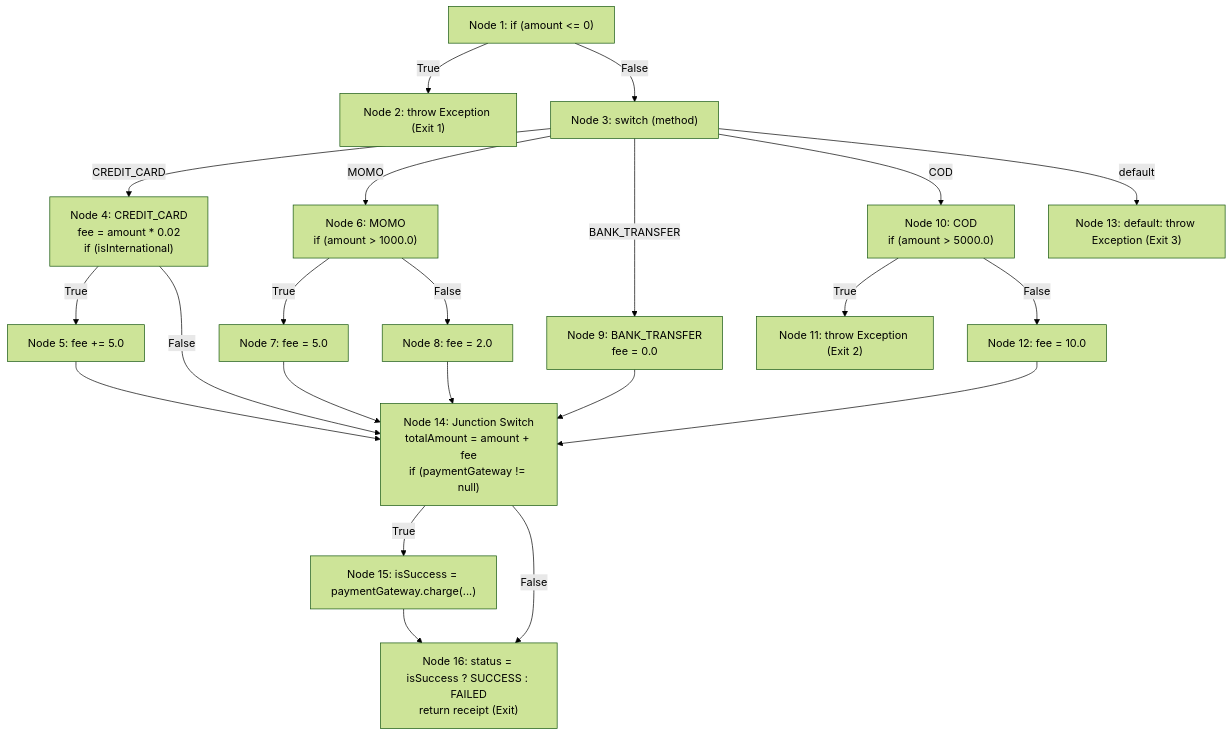
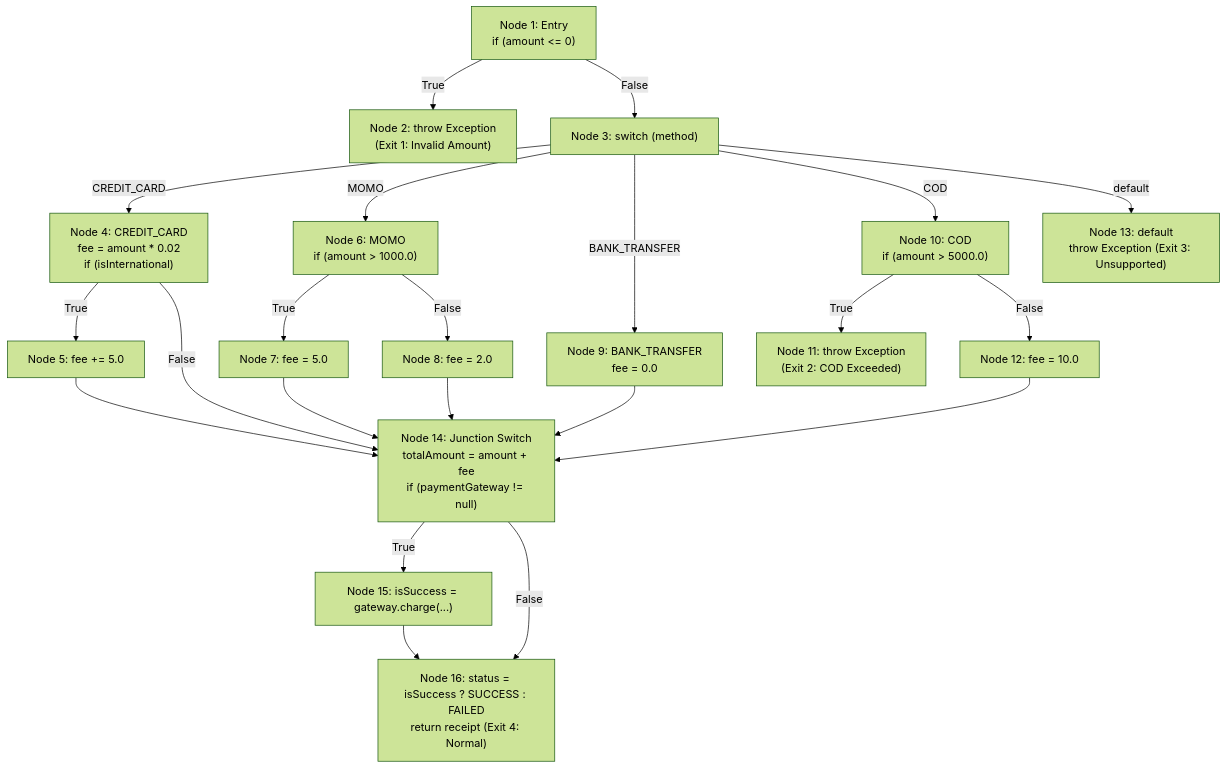
The second of 2 diagrams in DOCS_THANH_VIEN_2_CFG_MCCABE.md (ViktorWilson7777/Nhom3-DeTai3-testing), drawn with Mermaid (forest theme) before and after one commit. The commit also changed other lines of this file and 13 other files, not shown here.

````diff
--- a/DOCS_THANH_VIEN_2_CFG_MCCABE.md
+++ b/DOCS_THANH_VIEN_2_CFG_MCCABE.md
@@ -248,53 +363,53 @@
 ```mermaid
 flowchart TD
-    M1["Node 1: if (amount <= 0)"]
-    M2["Node 2: throw Exception (Exit 1)"]
+    M1["Node 1: Entry<br/>if (amount <= 0)"]
+    M2["Node 2: throw Exception<br/>(Exit 1: Invalid Amount)"]
     M3["Node 3: switch (method)"]
-    
+
     M4["Node 4: CREDIT_CARD<br/>fee = amount * 0.02<br/>if (isInternational)"]
     M5["Node 5: fee += 5.0"]
-    
+
     M6["Node 6: MOMO<br/>if (amount > 1000.0)"]
     M7["Node 7: fee = 5.0"]
     M8["Node 8: fee = 2.0"]
-    
+
     M9["Node 9: BANK_TRANSFER<br/>fee = 0.0"]
-    
+
     M10["Node 10: COD<br/>if (amount > 5000.0)"]
-    M11["Node 11: throw Exception (Exit 2)"]
+    M11["Node 11: throw Exception<br/>(Exit 2: COD Exceeded)"]
     M12["Node 12: fee = 10.0"]
-    
-    M13["Node 13: default: throw Exception (Exit 3)"]
-    
+
+    M13["Node 13: default<br/>throw Exception (Exit 3: Unsupported)"]
+
     M14["Node 14: Junction Switch<br/>totalAmount = amount + fee<br/>if (paymentGateway != null)"]
-    M15["Node 15: isSuccess = paymentGateway.charge(...)"]
-    M16["Node 16: status = isSuccess ? SUCCESS : FAILED<br/>return receipt (Exit)"]
+    M15["Node 15: isSuccess = gateway.charge(...)"]
+    M16["Node 16: status = isSuccess ? SUCCESS : FAILED<br/>return receipt (Exit 4: Normal)"]
 
     M1 -->|True| M2
     M1 -->|False| M3
-    
+
     M3 -->|CREDIT_CARD| M4
     M4 -->|True| M5
     M4 -->|False| M14
     M5 --> M14
-    
+
     M3 -->|MOMO| M6
     M6 -->|True| M7
     M6 -->|False| M8
     M7 --> M14
     M8 --> M14
-    
+
     M3 -->|BANK_TRANSFER| M9
     M9 --> M14
-    
+
     M3 -->|COD| M10
     M10 -->|True| M11
     M10 -->|False| M12
     M12 --> M14
-    
+
     M3 -->|default| M13
-    
+
     M14 -->|True| M15
     M14 -->|False| M16
     M15 --> M16
 ```
````
